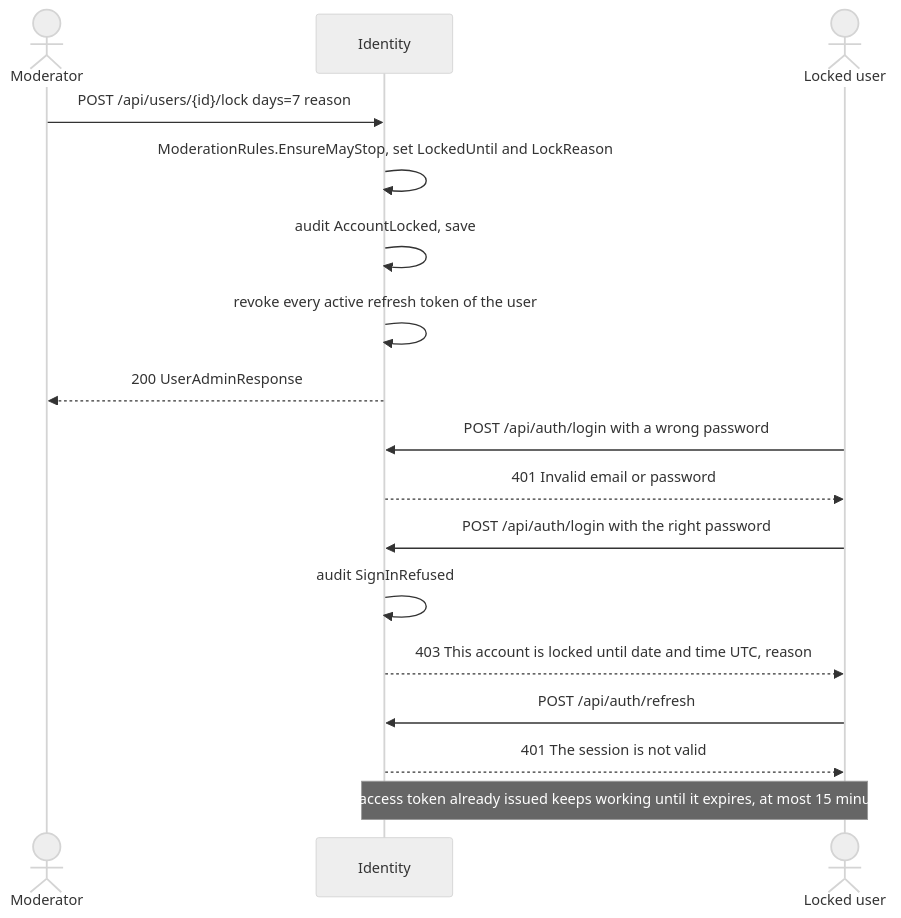
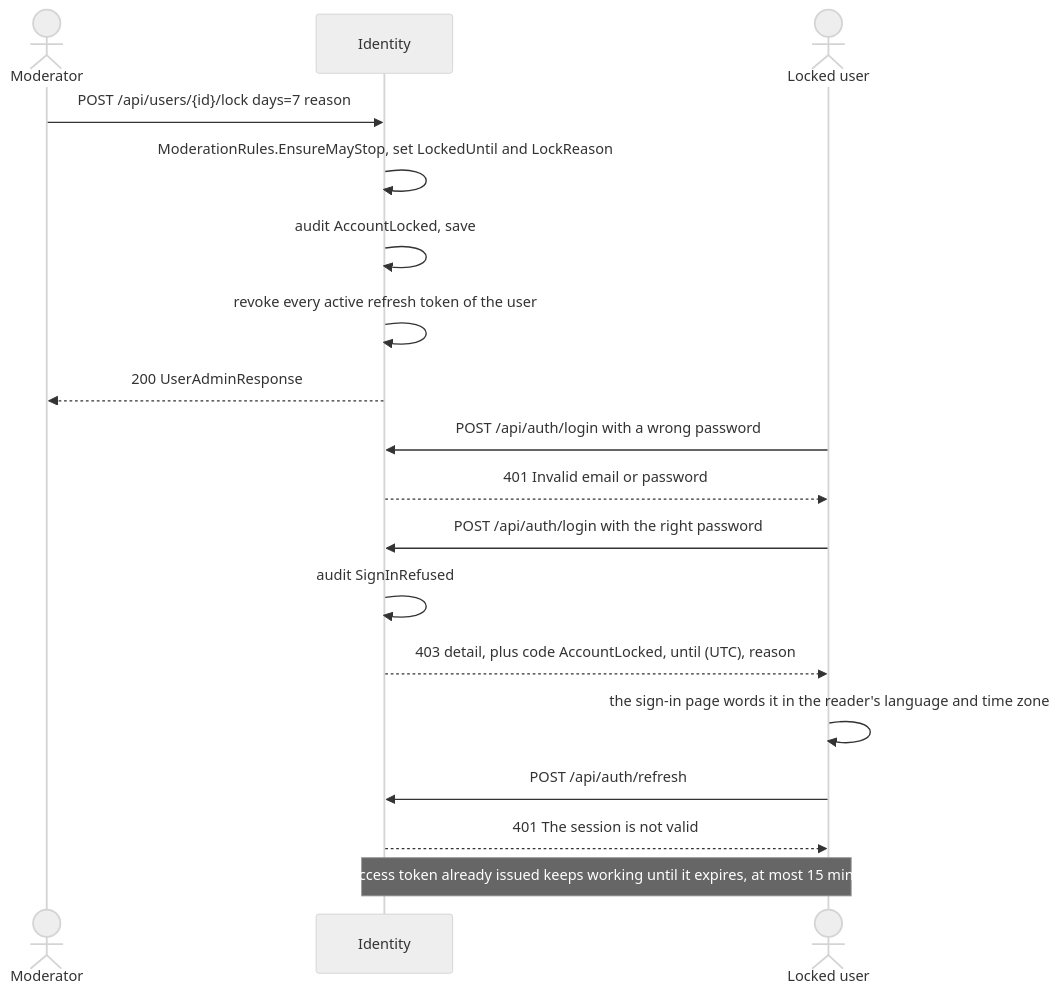
One commit to jessiicamaru/e-commerce-asp-dotnet-practice changed the diagram in docs/features/moderation-and-staff.md. Above: the diagram before and after it, drawn with Mermaid (neutral theme). The commit also changed other lines of this file and 22 other files, not shown here.

First line of the commit message:
fix(identity): a locked or banned person is told why and until when at sign-in (#130)

````diff
--- a/docs/features/moderation-and-staff.md
+++ b/docs/features/moderation-and-staff.md
@@ -58,19 +58,20 @@
 ```mermaid
 sequenceDiagram
     actor M as Moderator
     participant I as Identity
     actor U as Locked user
     M->>I: POST /api/users/{id}/lock days=7 reason
     I->>I: ModerationRules.EnsureMayStop, set LockedUntil and LockReason
     I->>I: audit AccountLocked, save
     I->>I: revoke every active refresh token of the user
     I-->>M: 200 UserAdminResponse
     U->>I: POST /api/auth/login with a wrong password
     I-->>U: 401 Invalid email or password
     U->>I: POST /api/auth/login with the right password
     I->>I: audit SignInRefused
-    I-->>U: 403 This account is locked until date and time UTC, reason
+    I-->>U: 403 detail, plus code AccountLocked, until (UTC), reason
+    U->>U: the sign-in page words it in the reader's language and time zone
     U->>I: POST /api/auth/refresh
     I-->>U: 401 The session is not valid
     Note over U,I: an access token already issued keeps working until it expires, at most 15 minutes
 ```
````
